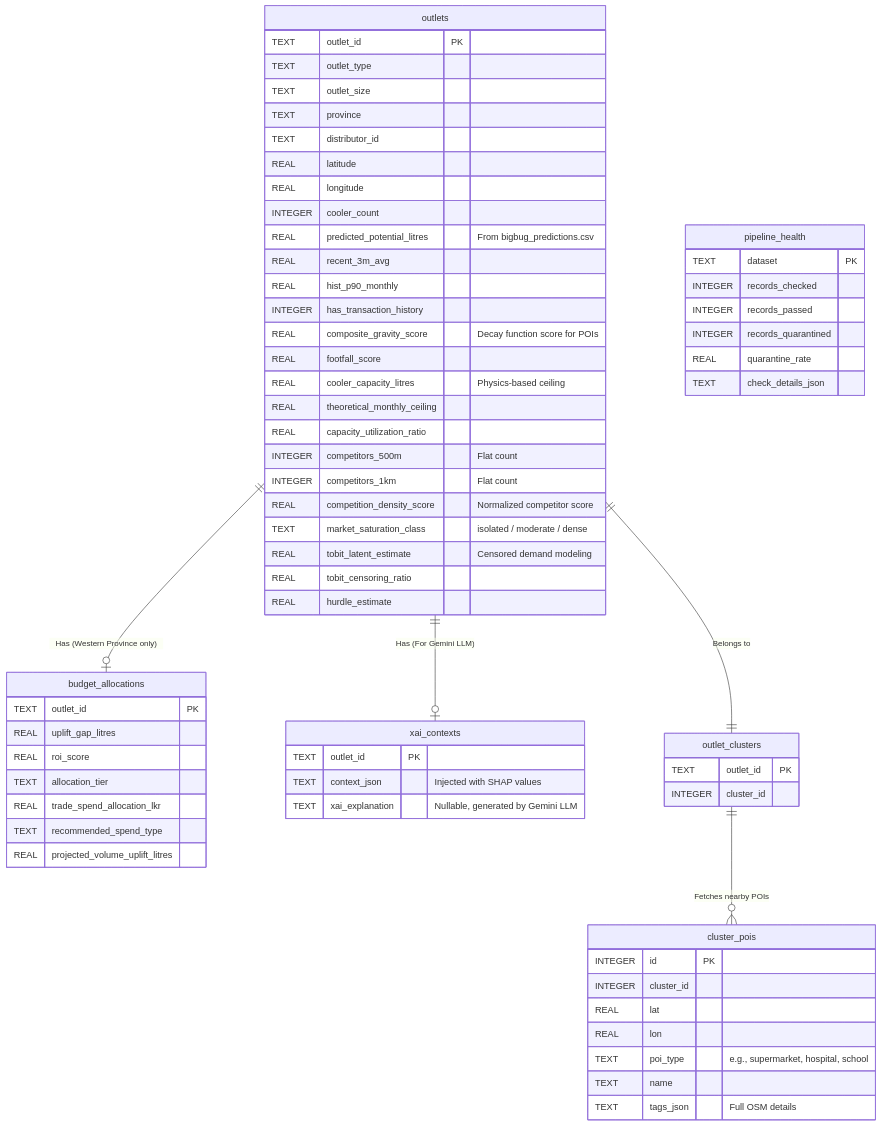
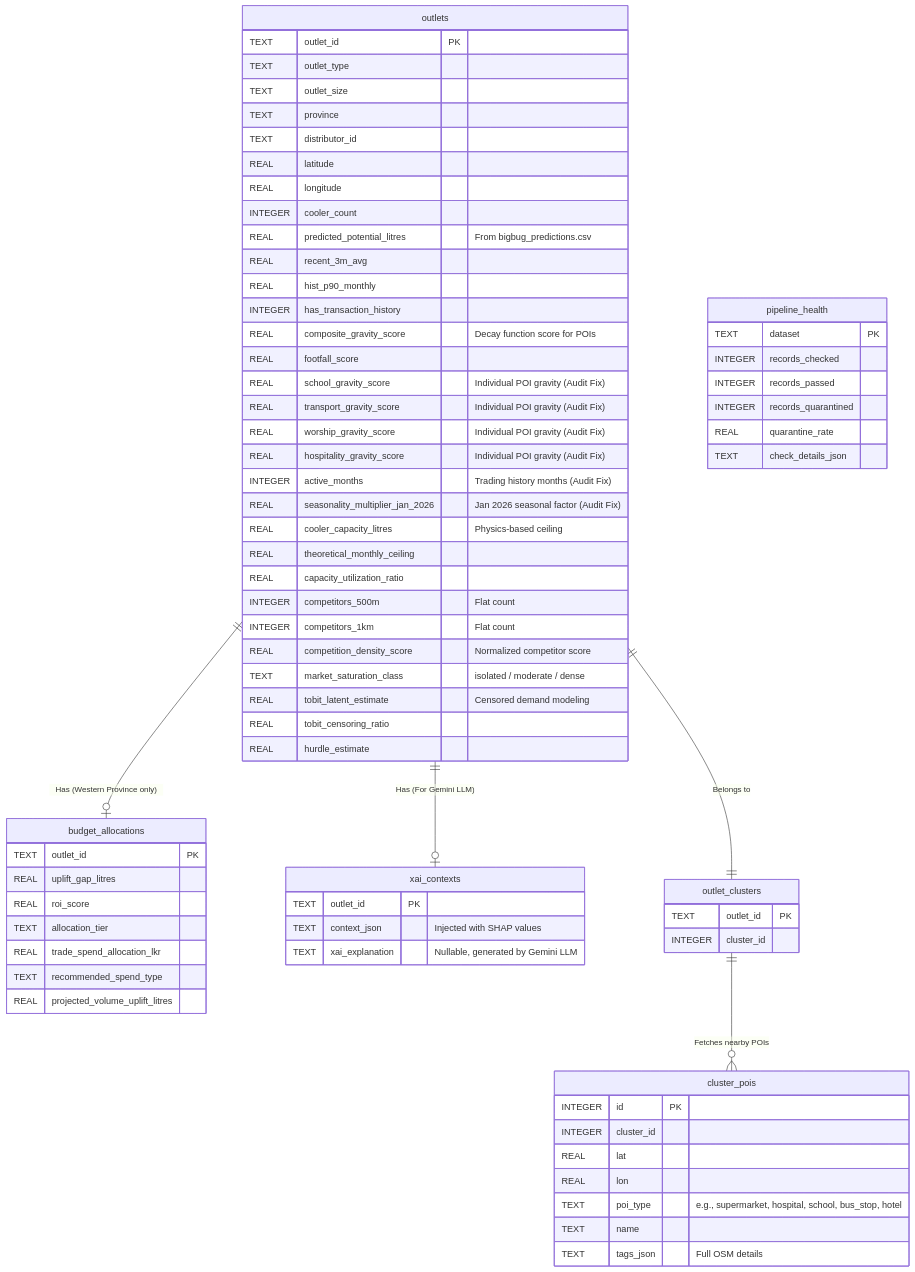
The diagram in specs/webapp/05_phase2_migration.md (The-DarK-Knight-2K/BigBugDataStorm), drawn with Mermaid before and after one commit. The commit also changed other lines of this file and 8 other files, not shown here.

````diff
--- a/specs/webapp/05_phase2_migration.md
+++ b/specs/webapp/05_phase2_migration.md
@@ -19,69 +19,75 @@
 ```mermaid
 erDiagram
     outlets {
         TEXT outlet_id PK
         TEXT outlet_type
         TEXT outlet_size
         TEXT province
         TEXT distributor_id
         REAL latitude
         REAL longitude
         INTEGER cooler_count
         REAL predicted_potential_litres "From bigbug_predictions.csv"
         REAL recent_3m_avg
         REAL hist_p90_monthly
         INTEGER has_transaction_history
         REAL composite_gravity_score "Decay function score for POIs"
         REAL footfall_score
+        REAL school_gravity_score "Individual POI gravity (Audit Fix)"
+        REAL transport_gravity_score "Individual POI gravity (Audit Fix)"
+        REAL worship_gravity_score "Individual POI gravity (Audit Fix)"
+        REAL hospitality_gravity_score "Individual POI gravity (Audit Fix)"
+        INTEGER active_months "Trading history months (Audit Fix)"
+        REAL seasonality_multiplier_jan_2026 "Jan 2026 seasonal factor (Audit Fix)"
         REAL cooler_capacity_litres "Physics-based ceiling"
         REAL theoretical_monthly_ceiling
         REAL capacity_utilization_ratio
         INTEGER competitors_500m "Flat count"
         INTEGER competitors_1km "Flat count"
         REAL competition_density_score "Normalized competitor score"
         TEXT market_saturation_class "isolated / moderate / dense"
         REAL tobit_latent_estimate "Censored demand modeling"
         REAL tobit_censoring_ratio
         REAL hurdle_estimate
     }
     budget_allocations {
         TEXT outlet_id PK
         REAL uplift_gap_litres
         REAL roi_score
         TEXT allocation_tier
         REAL trade_spend_allocation_lkr
         TEXT recommended_spend_type
         REAL projected_volume_uplift_litres
     }
     xai_contexts {
         TEXT outlet_id PK
         TEXT context_json "Injected with SHAP values"
         TEXT xai_explanation "Nullable, generated by Gemini LLM"
     }
     pipeline_health {
         TEXT dataset PK
         INTEGER records_checked
         INTEGER records_passed
         INTEGER records_quarantined
         REAL quarantine_rate
         TEXT check_details_json
     }
     outlet_clusters {
         TEXT outlet_id PK
         INTEGER cluster_id
     }
     cluster_pois {
         INTEGER id PK
         INTEGER cluster_id
         REAL lat
         REAL lon
-        TEXT poi_type "e.g., supermarket, hospital, school"
+        TEXT poi_type "e.g., supermarket, hospital, school, bus_stop, hotel"
         TEXT name
         TEXT tags_json "Full OSM details"
     }
 
     outlets ||--o| budget_allocations : "Has (Western Province only)"
     outlets ||--o| xai_contexts : "Has (For Gemini LLM)"
     outlets ||--|| outlet_clusters : "Belongs to"
     outlet_clusters ||--o{ cluster_pois : "Fetches nearby POIs"
 ```
````
